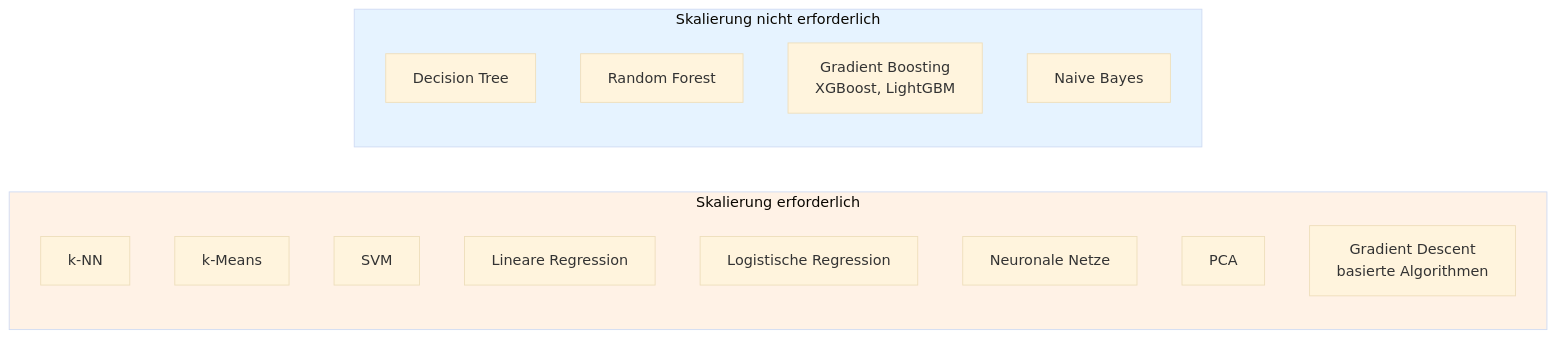
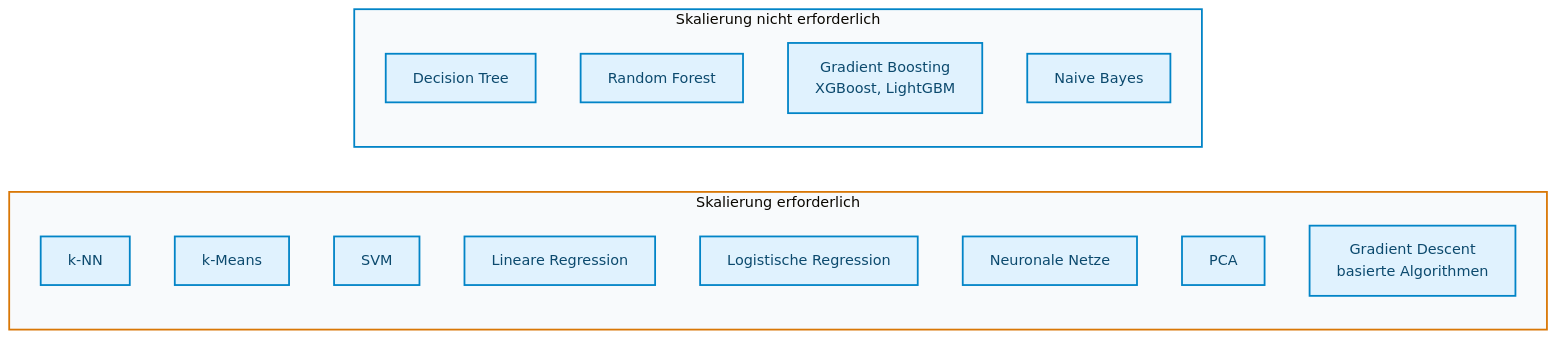
The fourth of 4 diagrams in docs/concepts/prepare/skalierung.md (ralf-42/ML_Intro), drawn with Mermaid (base theme) before and after one commit. The commit also changed other lines of this file and 67 other files, not shown here.

````diff
--- a/docs/concepts/prepare/skalierung.md
+++ b/docs/concepts/prepare/skalierung.md
@@ -258,23 +258,24 @@
 ```mermaid
 flowchart LR
     subgraph need[Skalierung erforderlich]
         A1[k-NN]
         A2[k-Means]
         A3[SVM]
         A4[Lineare Regression]
         A5[Logistische Regression]
         A6[Neuronale Netze]
         A7[PCA]
         A8[Gradient Descent<br/>basierte Algorithmen]
     end
     
     subgraph noneed[Skalierung nicht erforderlich]
         B1[Decision Tree]
         B2[Random Forest]
         B3[Gradient Boosting<br/>XGBoost, LightGBM]
         B4[Naive Bayes]
     end
-    
-    style need fill:#fff2e6
-    style noneed fill:#e6f3ff
+
+    classDef default fill:#e0f2fe,stroke:#0284c7,stroke-width:2px,color:#0c4a6e;
+    style need fill:#f8fafc,stroke:#d97706,stroke-width:2px
+    style noneed fill:#f8fafc,stroke:#0284c7,stroke-width:2px
 ```
````
